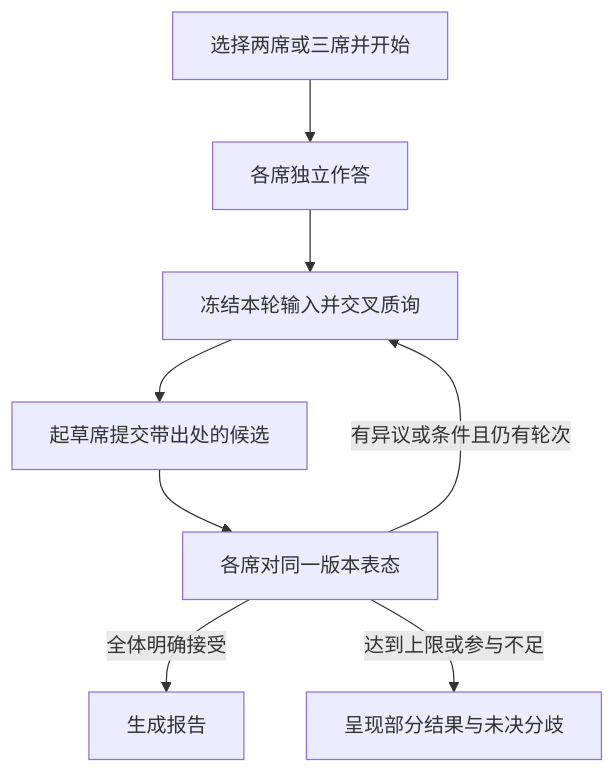
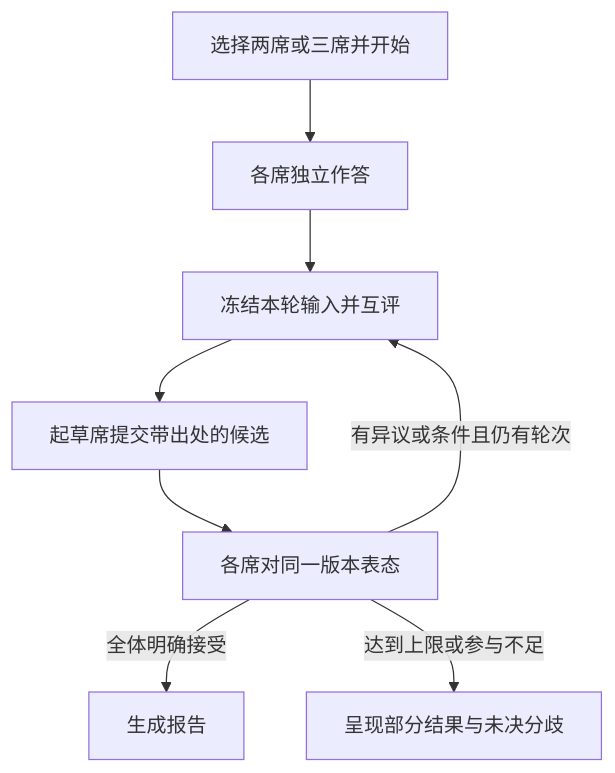
Before and after one commit to zhouchangju/ai-arena: the diagram in docs/technical-design.md, drawn with Mermaid. The commit also changed other lines of this file and 17 other files, not shown here.

````diff
--- a/docs/technical-design.md
+++ b/docs/technical-design.md
@@ -20,10 +20,10 @@
 ```mermaid
 flowchart TD
     Q[选择两席或三席并开始] --> I[各席独立作答]
-    I --> X[冻结本轮输入并交叉质询]
+    I --> X[冻结本轮输入并互评]
     X --> C[起草席提交带出处的候选]
     C --> V[各席对同一版本表态]
     V -->|全体明确接受| R[生成报告]
     V -->|有异议或条件且仍有轮次| X
     V -->|达到上限或参与不足| H[呈现部分结果与未决分歧]
 ```
````
